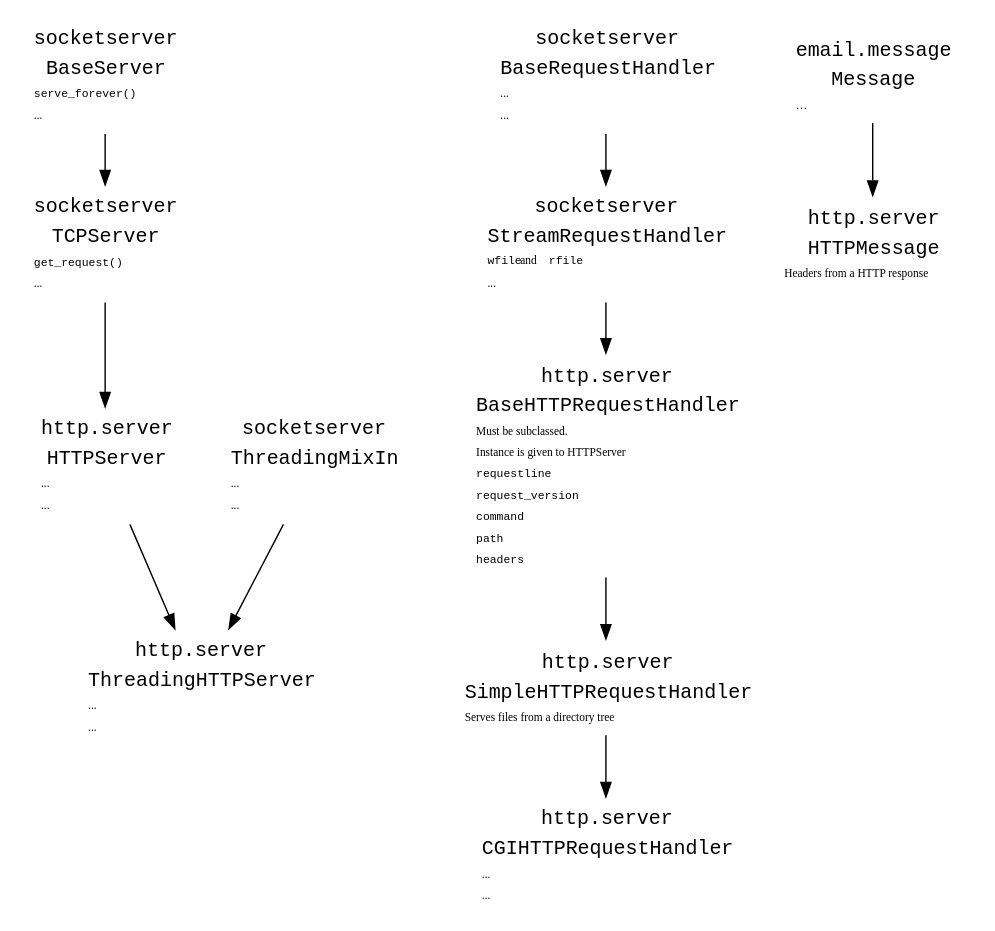
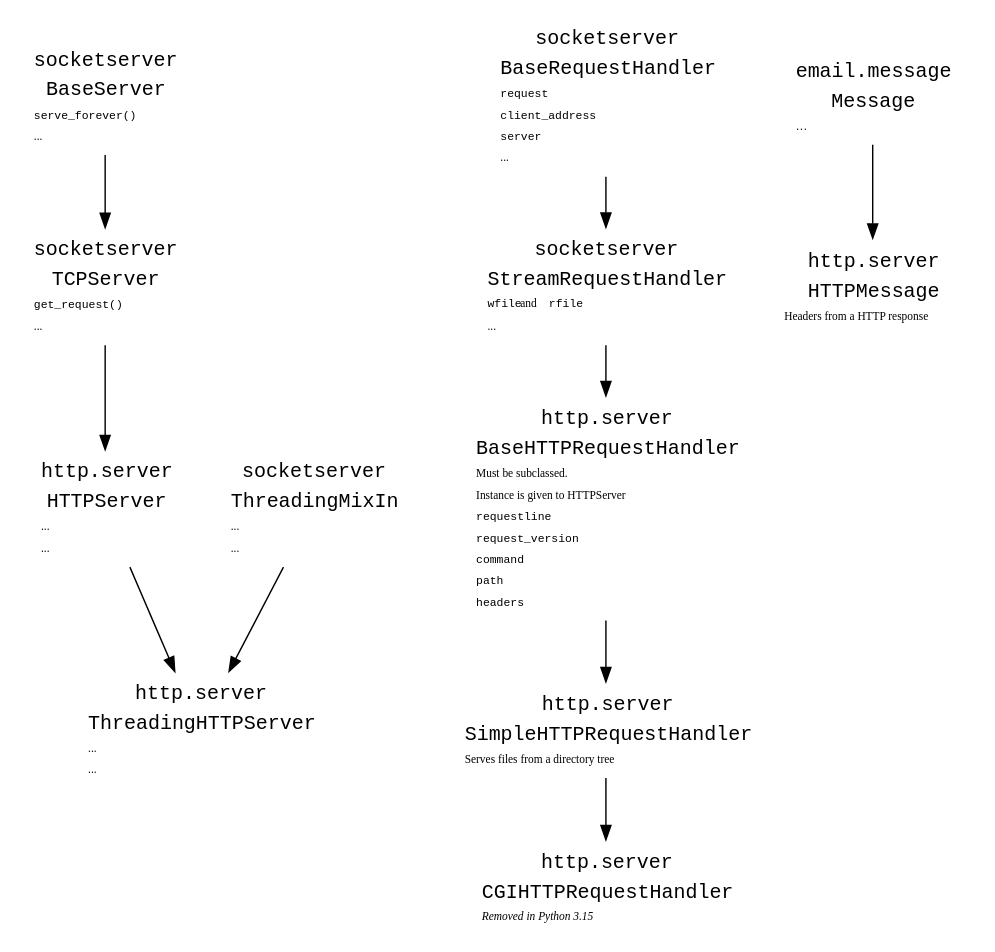
Before and after one commit to ReneNyffenegger/temp-Python: the diagram in standard-library/http/server/hierarchy.dot, drawn with Graphviz.

```diff
--- a/standard-library/http/server/hierarchy.dot
+++ b/standard-library/http/server/hierarchy.dot
@@ -1,114 +1,115 @@
 // dot hierarchy.dot -T pdf -o hierarchy.pdf
 
 digraph {
 
   node [shape=none]
 
 
   socketserver_BaseServer [ label=< <table border="0">
     <tr><td><font face="courier">socketserver</font></td></tr>
     <tr><td><font face="courier">BaseServer</font></td></tr>
     <tr><td align="left"><font point-size="8" face="courier">serve_forever()</font></td></tr>
     <tr><td align="left"><font point-size="8">...</font></td></tr>
   </table> > ]
 
   socketserver_TCPServer [ label=< <table border="0">
     <tr><td><font face="courier">socketserver</font></td></tr>
     <tr><td><font face="courier">TCPServer</font></td></tr>
     <tr><td align="left"><font point-size="8" face="courier">get_request()</font></td></tr>
     <tr><td align="left"><font point-size="8">...</font></td></tr>
   </table> > ]
 
 
   socketserver_ThreadingMixIn [ label=< <table border="0">
     <tr><td><font face="courier">socketserver</font></td></tr>
     <tr><td><font face="courier">ThreadingMixIn</font></td></tr>
     <tr><td align="left"><font point-size="8">...</font></td></tr>
     <tr><td align="left"><font point-size="8">...</font></td></tr>
   </table> > ]
 
 
   socketserver_BaseRequestHandler[ label=< <table border="0">
     <tr><td><font face="courier">socketserver</font></td></tr>
     <tr><td><font face="courier">BaseRequestHandler</font></td></tr>
-    <tr><td align="left"><font point-size="8">...</font></td></tr>
+    <tr><td align="left"><font point-size="8" face="Courier">request</font></td></tr>
+    <tr><td align="left"><font point-size="8" face="Courier">client_address</font></td></tr>
+    <tr><td align="left"><font point-size="8" face="Courier">server</font></td></tr>
     <tr><td align="left"><font point-size="8">...</font></td></tr>
   </table> > ]
 
   socketserver_StreamRequestHandler[ label=< <table border="0">
     <tr><td><font face="courier">socketserver</font></td></tr>
     <tr><td><font face="courier">StreamRequestHandler</font></td></tr>
     <tr><td align="left"><font point-size="8"><font face="courier">wfile</font> and <font face="courier">rfile</font></font></td></tr>
     <tr><td align="left"><font point-size="8">...</font></td></tr>
   </table> > ]
 
   HTTPServer [ label=< <table border="0">
     <tr><td><font face="courier">http.server</font></td></tr>
     <tr><td><font face="courier">HTTPServer</font></td></tr>
     <tr><td align="left"><font point-size="8">...</font></td></tr>
     <tr><td align="left"><font point-size="8">...</font></td></tr>
   </table> > ]
 
 //ThreadingHTTPServer [ label=< <font face="Courier">ThreadingHTTPServer</font> >]
 
   ThreadingHTTPServer [ label=< <table border="0">
     <tr><td><font face="courier">http.server</font></td></tr>
     <tr><td><font face="courier">ThreadingHTTPServer</font></td></tr>
     <tr><td align="left"><font point-size="8">...</font></td></tr>
     <tr><td align="left"><font point-size="8">...</font></td></tr>
   </table> > ]
 
   BaseHTTPRequestHandler [ label=< <table border="0">
     <tr><td><font face="courier">http.server</font></td></tr>
     <tr><td><font face="courier">BaseHTTPRequestHandler</font></td></tr>
     <tr><td align="left"><font point-size="8">Must be subclassed.</font></td></tr>
     <tr><td align="left"><font point-size="8">Instance is given to HTTPServer</font></td></tr>
     <tr><td align="left"><font point-size="8" face="Courier">requestline</font></td></tr>
     <tr><td align="left"><font point-size="8" face="Courier">request_version</font></td></tr>
     <tr><td align="left"><font point-size="8" face="Courier">command</font></td></tr>
     <tr><td align="left"><font point-size="8" face="Courier">path</font></td></tr>
     <tr><td align="left"><font point-size="8" face="Courier">headers</font></td></tr>
   </table> > ]
 
 
   SimpleHTTPRequestHandler [ label=< <table border="0">
     <tr><td><font face="courier">http.server</font></td></tr>
     <tr><td><font face="courier">SimpleHTTPRequestHandler</font></td></tr>
     <tr><td align="left"><font point-size="8">Serves files from a directory tree</font></td></tr>
   </table> > ]
 
 
   email_message_Message [ label=< <table border="0">
     <tr><td><font face="courier">email.message</font></td></tr>
     <tr><td><font face="courier">Message</font></td></tr>
     <tr><td align="left"><font point-size="8">…</font></td></tr>
   </table> > ]
 
   HTTPMessage [ label=< <table border="0">
     <tr><td><font face="courier">http.server</font></td></tr>
     <tr><td><font face="courier">HTTPMessage</font></td></tr>
     <tr><td align="left"><font point-size="8">Headers from a HTTP response</font></td></tr>
   </table> > ]
 
   CGIHTTPRequestHandler[ label=< <table border="0">
     <tr><td><font face="courier">http.server</font></td></tr>
     <tr><td><font face="courier">CGIHTTPRequestHandler</font></td></tr>
-    <tr><td align="left"><font point-size="8">...</font></td></tr>
-    <tr><td align="left"><font point-size="8">...</font></td></tr>
+    <tr><td align="left"><font point-size="8"><i>Removed in Python 3.15</i></font></td></tr>
   </table> > ]
 
   
   socketserver_BaseServer -> socketserver_TCPServer
 
   socketserver_TCPServer -> HTTPServer
   socketserver_ThreadingMixIn -> ThreadingHTTPServer
   socketserver_BaseRequestHandler -> socketserver_StreamRequestHandler
   socketserver_StreamRequestHandler -> BaseHTTPRequestHandler
   HTTPServer -> ThreadingHTTPServer
 
   BaseHTTPRequestHandler -> SimpleHTTPRequestHandler
   SimpleHTTPRequestHandler -> CGIHTTPRequestHandler
 
   email_message_Message -> HTTPMessage
 
 }
```
